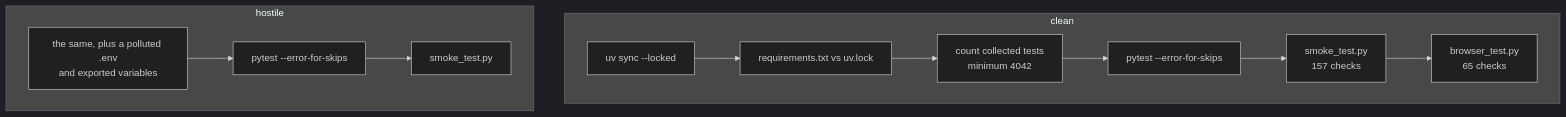
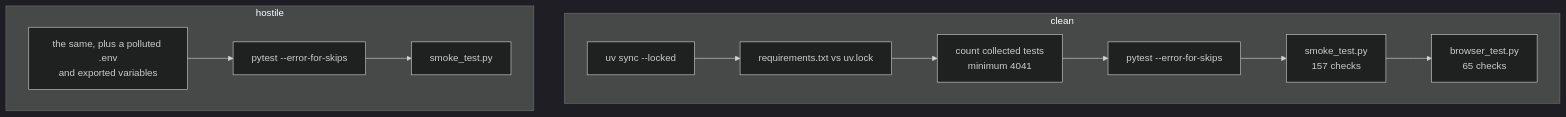
Before and after one commit to IAMN1/link-shortener: the diagram in docs/testing.md, drawn with Mermaid (dark theme). The commit also changed other lines of this file and 10 other files, not shown here.

````diff
--- a/docs/testing.md
+++ b/docs/testing.md
@@ -409,12 +409,12 @@
 ```mermaid
 flowchart TD
     subgraph clean["clean"]
         C1[uv sync --locked] --> C2[requirements.txt vs uv.lock]
-        C2 --> C3[count collected tests<br/>minimum 4042] --> C4[pytest --error-for-skips]
+        C2 --> C3[count collected tests<br/>minimum 4041] --> C4[pytest --error-for-skips]
         C4 --> C5[smoke_test.py<br/>157 checks] --> C6[browser_test.py<br/>65 checks]
     end
     subgraph hostile["hostile"]
         H1[the same, plus a polluted .env<br/>and exported variables] --> H2[pytest --error-for-skips]
         H2 --> H3[smoke_test.py]
     end
 ```
````
